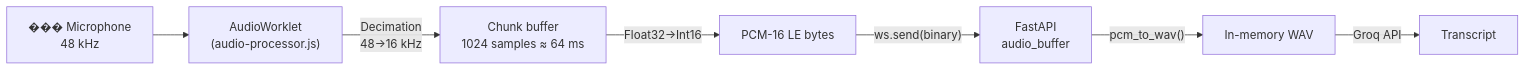
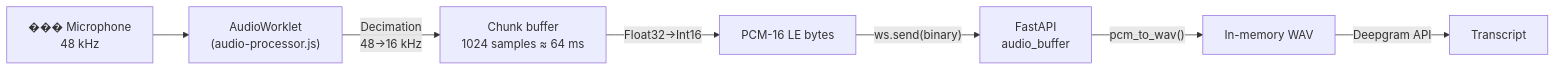
Before and after one commit to charanp2006/demo-voice-agent: the fourth of 5 diagrams in Readme.md, drawn with Mermaid. The commit also changed other lines of this file and 8 other files, not shown here.

````diff
--- a/Readme.md
+++ b/Readme.md
@@ -173,9 +174,9 @@
 ```mermaid
 flowchart LR
   MIC["��� Microphone<br/>48 kHz"] --> WK["AudioWorklet<br/>(audio-processor.js)"]
   WK -->|"Decimation<br/>48→16 kHz"| BUF["Chunk buffer<br/>1024 samples ≈ 64 ms"]
   BUF -->|"Float32→Int16"| PCM["PCM-16 LE bytes"]
   PCM -->|"ws.send(binary)"| SRV["FastAPI<br/>audio_buffer"]
   SRV -->|"pcm_to_wav()"| WAV["In-memory WAV"]
-  WAV -->|"Groq API"| TXT["Transcript"]
+  WAV -->|"Deepgram API"| TXT["Transcript"]
 ```
````
